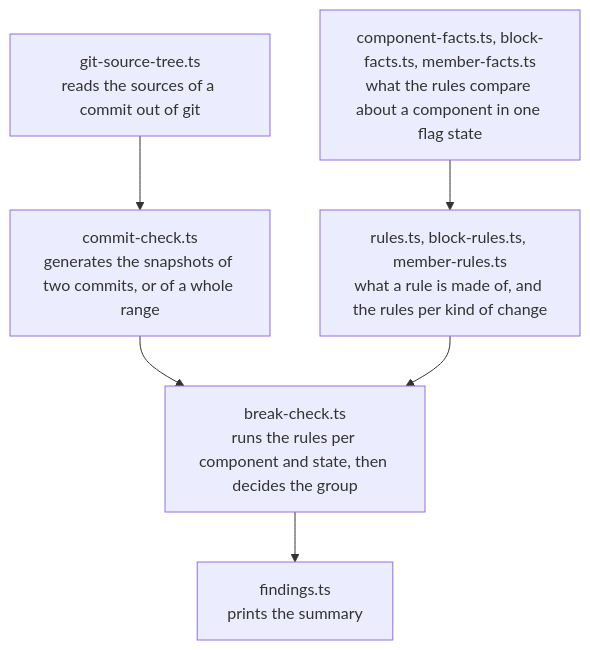
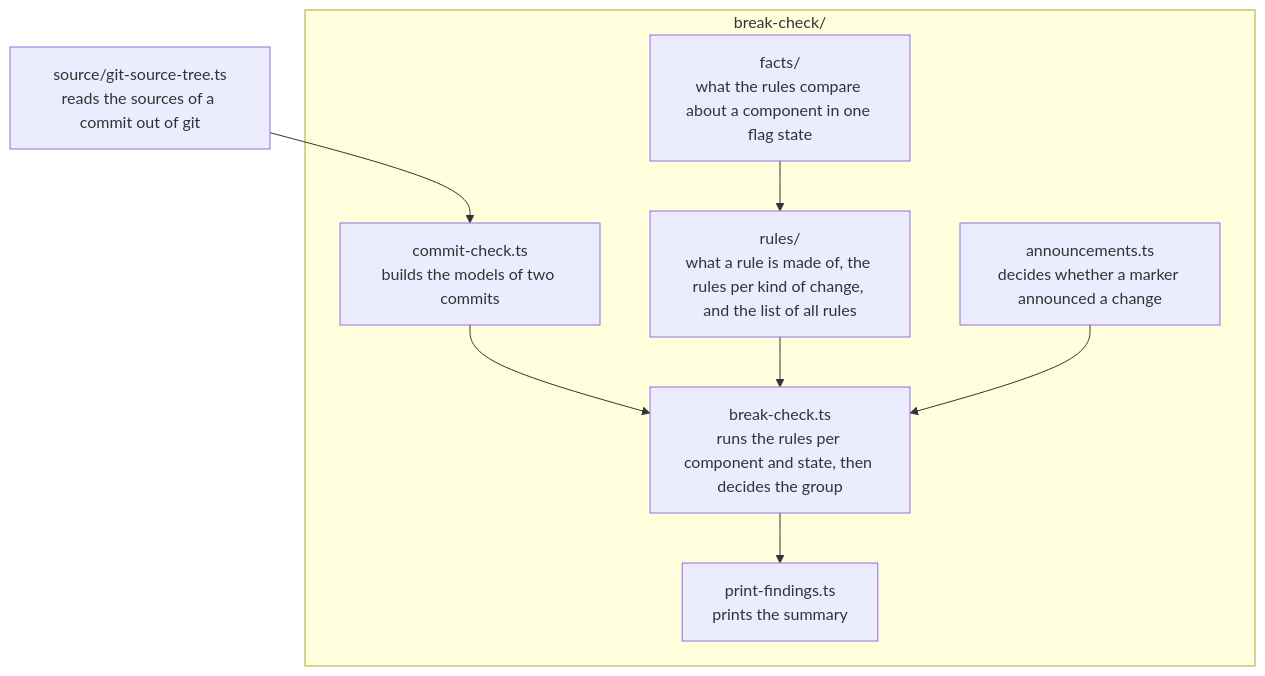
The second of 2 diagrams in src/Administration/Resources/app/administration/scripts/generate-public-api/README.md (shopware/shopware), drawn with Mermaid before and after one commit. The commit also changed other lines of this file and 423 other files, not shown here.

````diff
--- a/src/Administration/Resources/app/administration/scripts/generate-public-api/README.md
+++ b/src/Administration/Resources/app/administration/scripts/generate-public-api/README.md
@@ -69,12 +100,16 @@
 ```mermaid
 flowchart TD
-    git["git-source-tree.ts<br/>reads the sources of a commit out of git"]
-    commits["commit-check.ts<br/>generates the snapshots of two commits, or of a whole range"]
-    facts["component-facts.ts, block-facts.ts, member-facts.ts<br/>what the rules compare about a component in one flag state"]
-    rules["rules.ts, block-rules.ts, member-rules.ts<br/>what a rule is made of, and the rules per kind of change"]
-    check["break-check.ts<br/>runs the rules per component and state, then decides the group"]
-    findings["findings.ts<br/>prints the summary"]
+    git["source/git-source-tree.ts<br/>reads the sources of a commit out of git"]
+    subgraph check["break-check/"]
+        commits["commit-check.ts<br/>builds the models of two commits"]
+        facts["facts/<br/>what the rules compare about a component in one flag state"]
+        rules["rules/<br/>what a rule is made of, the rules per kind of change, and the list of all rules"]
+        classify["break-check.ts<br/>runs the rules per component and state, then decides the group"]
+        announced["announcements.ts<br/>decides whether a marker announced a change"]
+        print["print-findings.ts<br/>prints the summary"]
+    end
 
-    git --> commits --> check
-    facts --> rules --> check --> findings
+    git --> commits --> classify
+    facts --> rules --> classify --> print
+    announced --> classify
 ```
````
